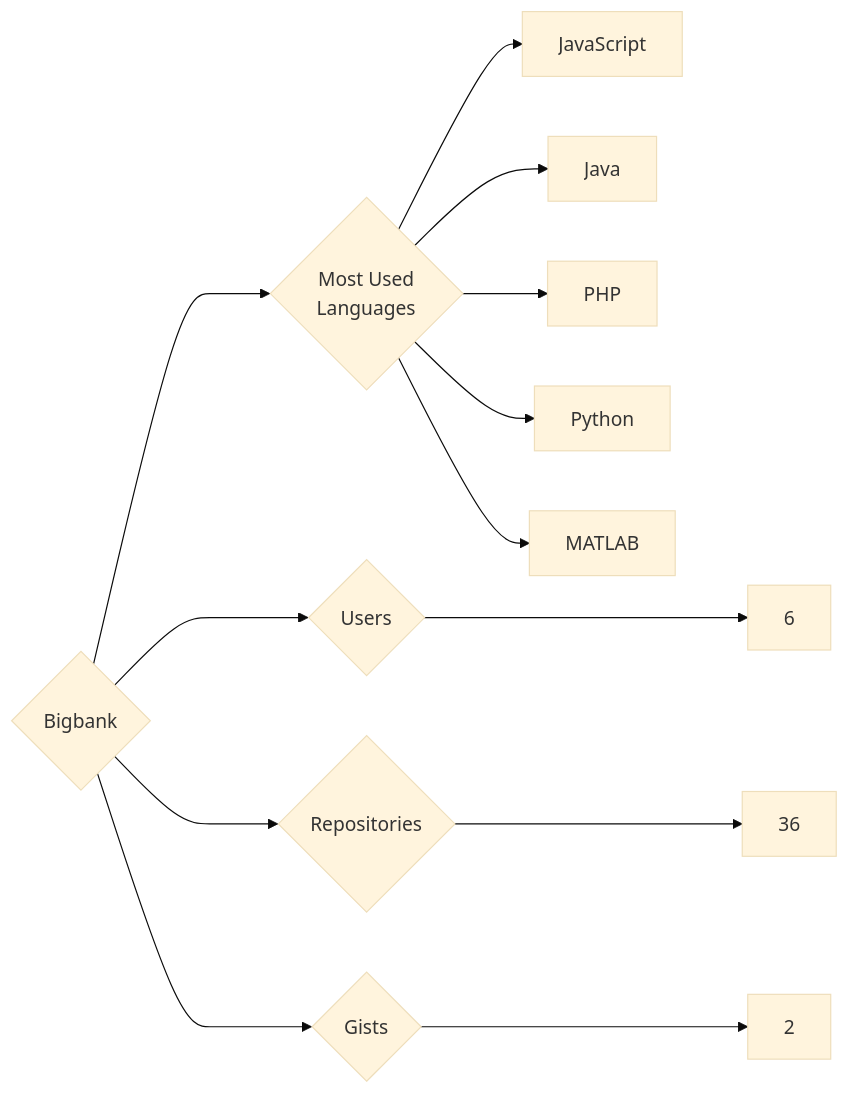
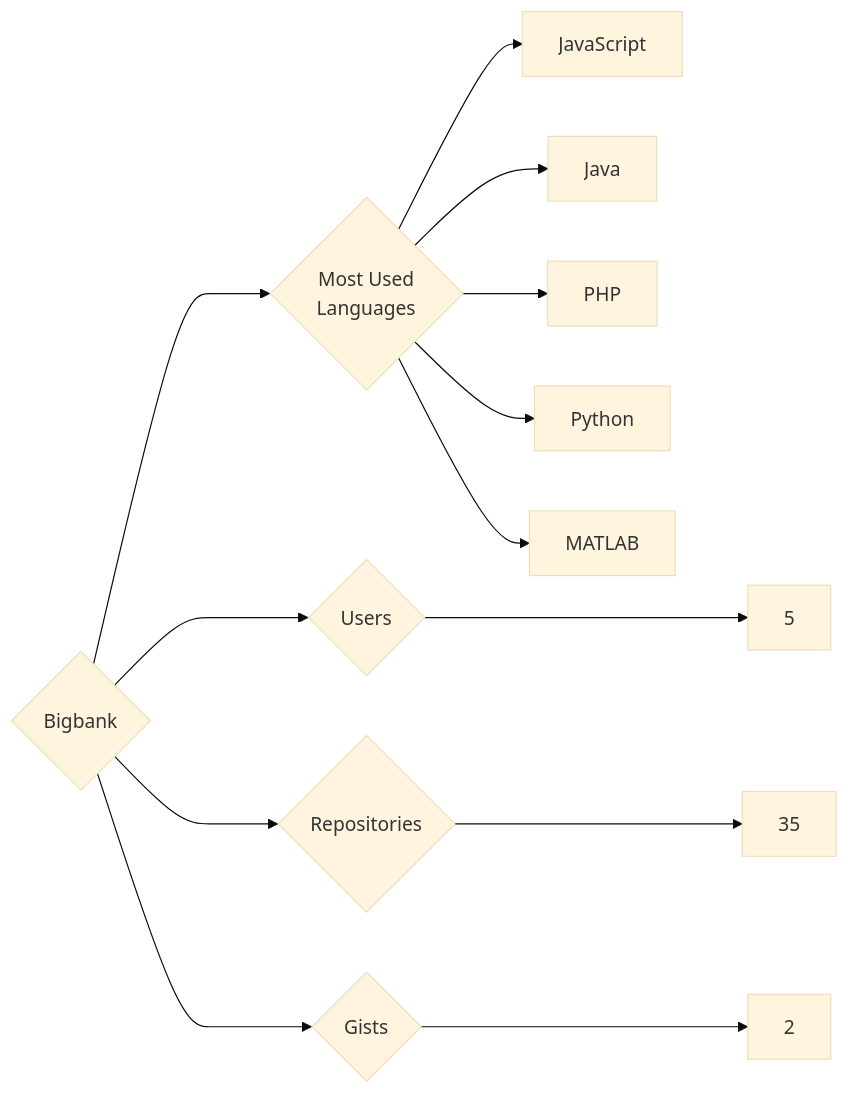
The diagram in targets/Bigbank/README.md (trickest/insiders), drawn with Mermaid (base theme) before and after one commit. The commit also changed 1003 other files, not shown here.

````diff
--- a/targets/Bigbank/README.md
+++ b/targets/Bigbank/README.md
@@ -3,13 +3,13 @@
 ```mermaid
 graph LR
 COMPANY_NAME{Bigbank}
-COMPANY_NAME ---> U{Users} ---> UN[6]
-COMPANY_NAME ---> R{Repositories} ---> RN[36]
+COMPANY_NAME ---> U{Users} ---> UN[5]
+COMPANY_NAME ---> R{Repositories} ---> RN[35]
 COMPANY_NAME ---> G{Gists} ---> GN[2]
 COMPANY_NAME ---> ML{Most Used<br>Languages}
 ML --> JavaScript[JavaScript]
 ML --> Java[Java]
 ML --> PHP[PHP]
 ML --> Python[Python]
 ML --> MATLAB[MATLAB]
 ```
````
